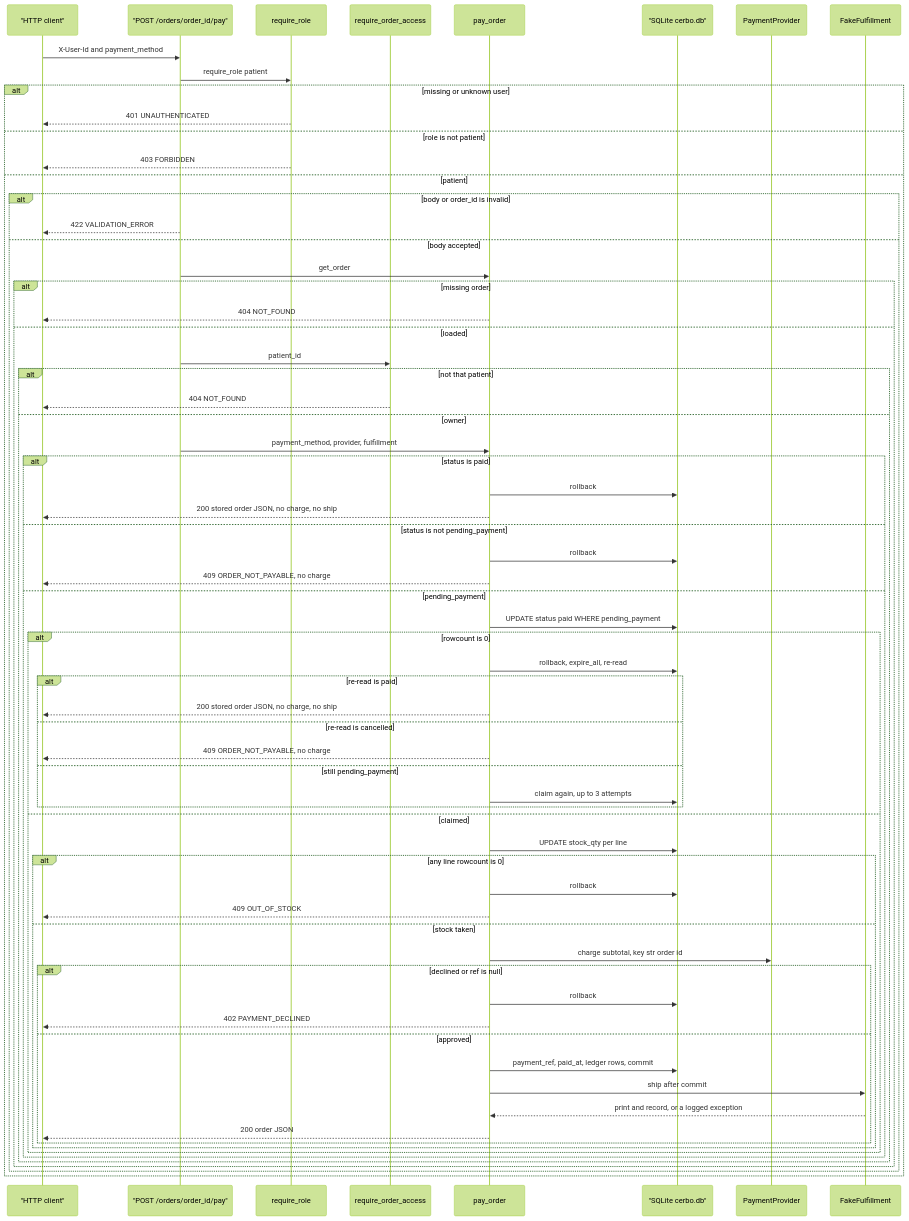
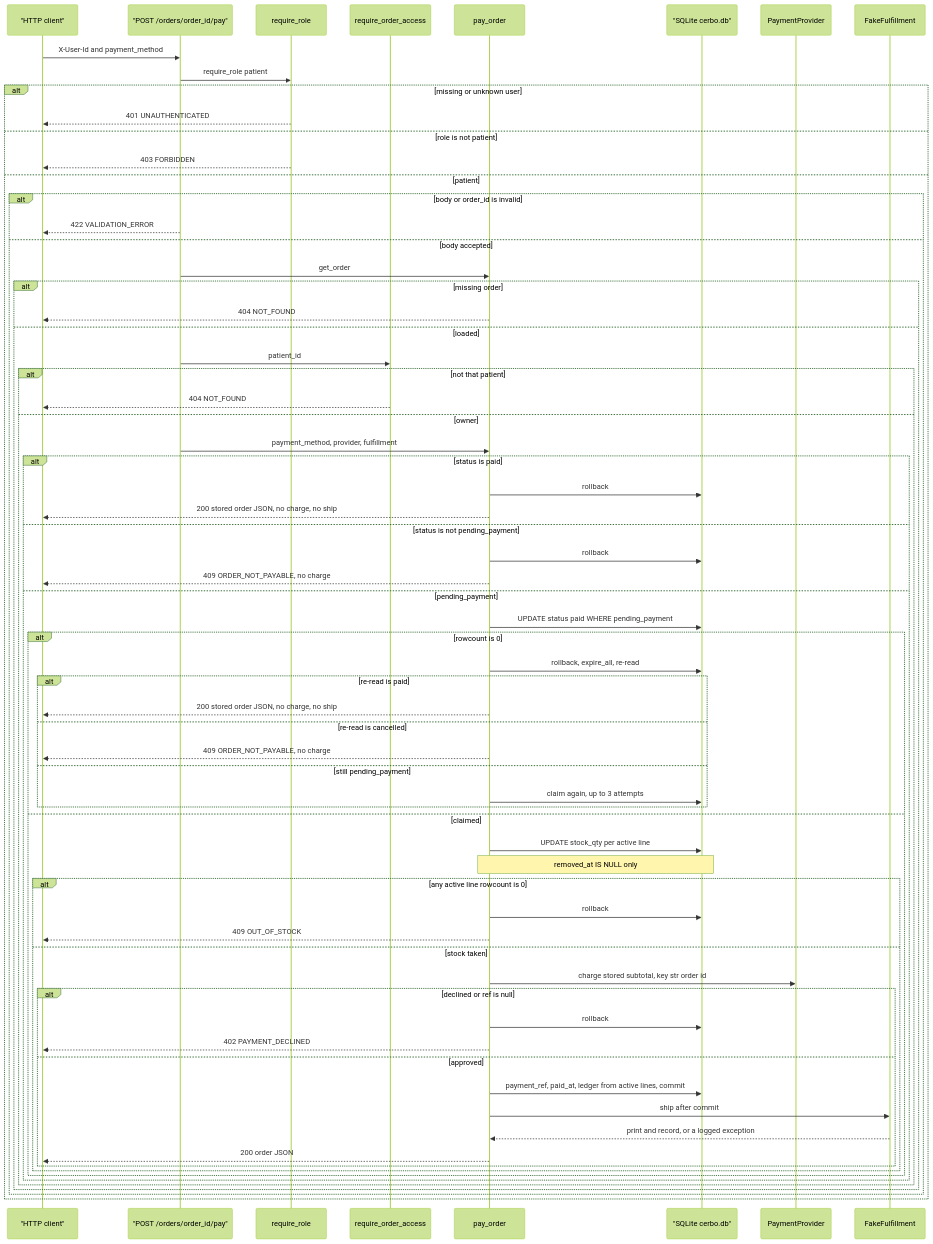
The diagram in docs/diagrams/flows/pay.md (drtclem/cerbo_wk1), drawn with Mermaid (forest theme) before and after one commit. The commit also changed other lines of this file and 8 other files, not shown here.

Commit message:
Diagrams for T24; D13 matches the built behavior

````diff
--- a/docs/diagrams/flows/pay.md
+++ b/docs/diagrams/flows/pay.md
@@ -11,71 +11,72 @@
 ```mermaid
 sequenceDiagram
   participant Client as "HTTP client"
   participant Route as "POST /orders/order_id/pay"
   participant Auth as require_role
   participant Access as require_order_access
   participant Pay as pay_order
   participant Db as "SQLite cerbo.db"
   participant Charge as PaymentProvider
   participant Ship as FakeFulfillment
 
   Client->>Route: X-User-Id and payment_method
   Route->>Auth: require_role patient
   alt missing or unknown user
     Auth-->>Client: 401 UNAUTHENTICATED
   else role is not patient
     Auth-->>Client: 403 FORBIDDEN
   else patient
     alt body or order_id is invalid
       Route-->>Client: 422 VALIDATION_ERROR
     else body accepted
       Route->>Pay: get_order
       alt missing order
         Pay-->>Client: 404 NOT_FOUND
       else loaded
         Route->>Access: patient_id
         alt not that patient
           Access-->>Client: 404 NOT_FOUND
         else owner
           Route->>Pay: payment_method, provider, fulfillment
           alt status is paid
             Pay->>Db: rollback
             Pay-->>Client: 200 stored order JSON, no charge, no ship
           else status is not pending_payment
             Pay->>Db: rollback
             Pay-->>Client: 409 ORDER_NOT_PAYABLE, no charge
           else pending_payment
             Pay->>Db: UPDATE status paid WHERE pending_payment
             alt rowcount is 0
               Pay->>Db: rollback, expire_all, re-read
               alt re-read is paid
                 Pay-->>Client: 200 stored order JSON, no charge, no ship
               else re-read is cancelled
                 Pay-->>Client: 409 ORDER_NOT_PAYABLE, no charge
               else still pending_payment
                 Pay->>Db: claim again, up to 3 attempts
               end
             else claimed
-              Pay->>Db: UPDATE stock_qty per line
-              alt any line rowcount is 0
+              Pay->>Db: UPDATE stock_qty per active line
+              Note over Pay,Db: removed_at IS NULL only
+              alt any active line rowcount is 0
                 Pay->>Db: rollback
                 Pay-->>Client: 409 OUT_OF_STOCK
               else stock taken
-                Pay->>Charge: charge subtotal, key str order id
+                Pay->>Charge: charge stored subtotal, key str order id
                 alt declined or ref is null
                   Pay->>Db: rollback
                   Pay-->>Client: 402 PAYMENT_DECLINED
                 else approved
-                  Pay->>Db: payment_ref, paid_at, ledger rows, commit
+                  Pay->>Db: payment_ref, paid_at, ledger from active lines, commit
                   Pay->>Ship: ship after commit
                   Ship-->>Pay: print and record, or a logged exception
                   Pay-->>Client: 200 order JSON
                 end
               end
             end
           end
         end
       end
     end
   end
 ```
````
